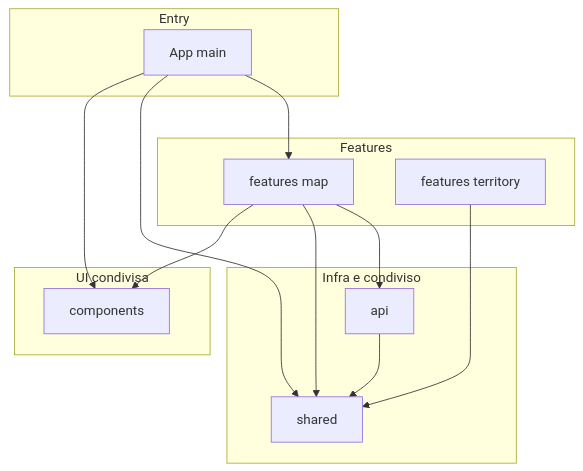
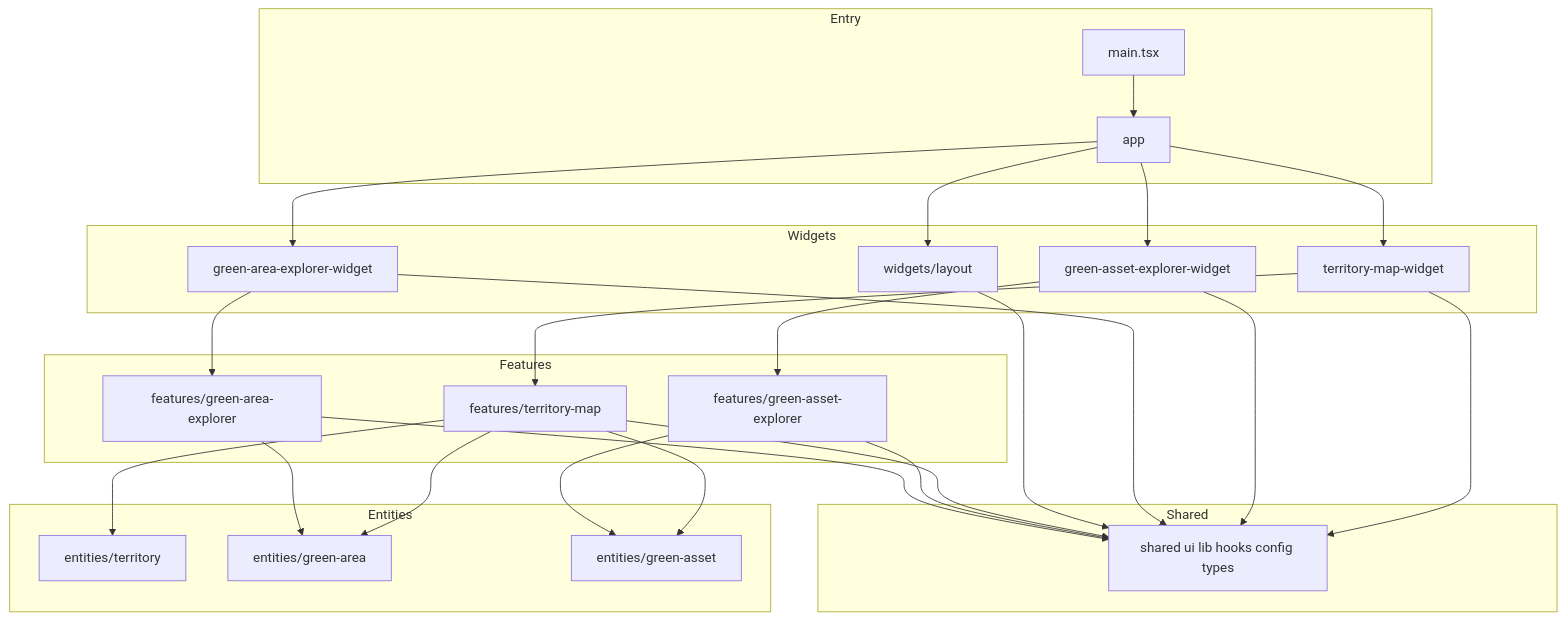
The second of 3 diagrams in frontend/docs/modular-package-structure.md (dany27041991/cadastre), drawn with Mermaid before and after one commit. The commit also changed other lines of this file and 256 other files, not shown here.

````diff
--- a/frontend/docs/modular-package-structure.md
+++ b/frontend/docs/modular-package-structure.md
@@ -72,31 +81,53 @@
 ```mermaid
 flowchart TB
     subgraph entry["Entry"]
-        app[App main]
+        main[main.tsx]
+        app[app]
+    end
+
+    subgraph widgets_layer["Widgets"]
+        layout[widgets/layout]
+        territory_w[territory-map-widget]
+        green_asset_w[green-asset-explorer-widget]
+        green_area_w[green-area-explorer-widget]
     end
 
     subgraph features_layer["Features"]
-        map[features map]
-        territory_types[features territory]
+        territory_map[features/territory-map]
+        green_asset[features/green-asset-explorer]
+        green_area[features/green-area-explorer]
     end
 
-    subgraph infra["Infra e condiviso"]
-        api[api]
-        shared[shared]
+    subgraph entities_layer["Entities"]
+        ent_territory[entities/territory]
+        ent_green_area[entities/green-area]
+        ent_green_asset[entities/green-asset]
     end
 
-    subgraph ui["UI condivisa"]
-        components[components]
+    subgraph shared_layer["Shared"]
+        shared[shared ui lib hooks config types]
     end
 
-    app --> map
-    app --> shared
-    app --> components
+    main --> app
+    app --> layout
+    app --> territory_w
+    app --> green_asset_w
+    app --> green_area_w
 
-    map --> api
-    map --> shared
-    map --> components
-    territory_types --> shared
+    territory_w --> territory_map
+    territory_w --> shared
+    green_asset_w --> green_asset
+    green_asset_w --> shared
+    green_area_w --> green_area
+    green_area_w --> shared
+    layout --> shared
 
-    api --> shared
+    territory_map --> ent_territory
+    territory_map --> ent_green_area
+    territory_map --> ent_green_asset
+    territory_map --> shared
+    green_asset --> ent_green_asset
+    green_asset --> shared
+    green_area --> ent_green_area
+    green_area --> shared
 ```
````
